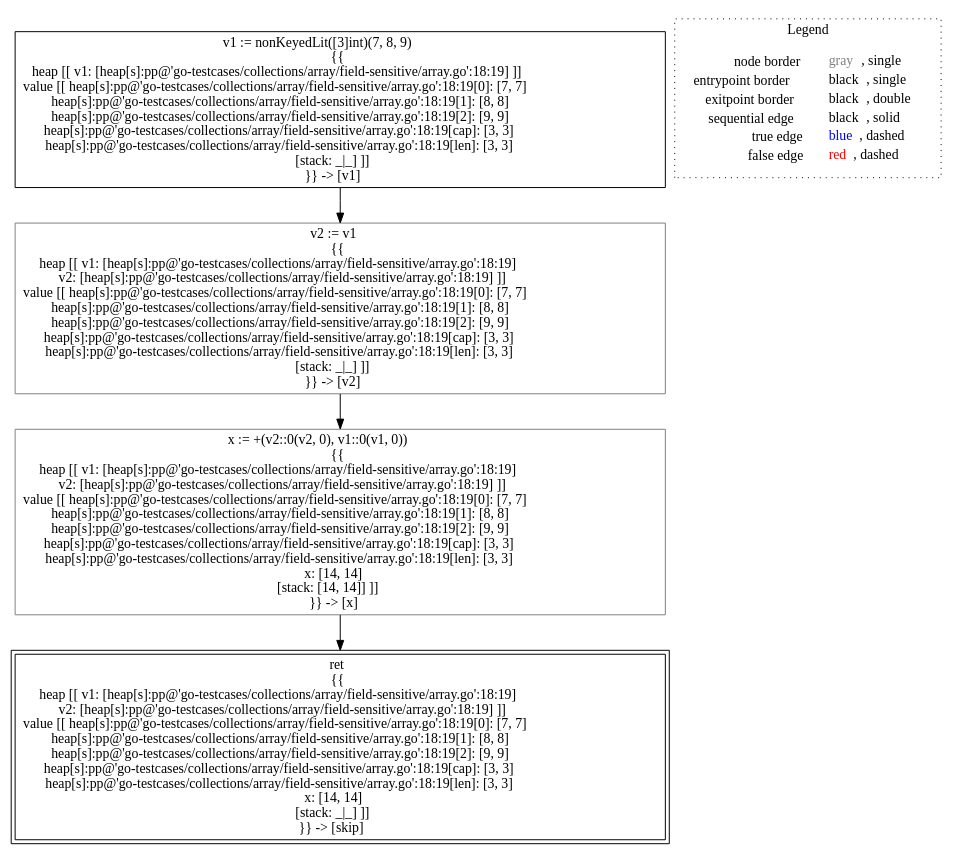
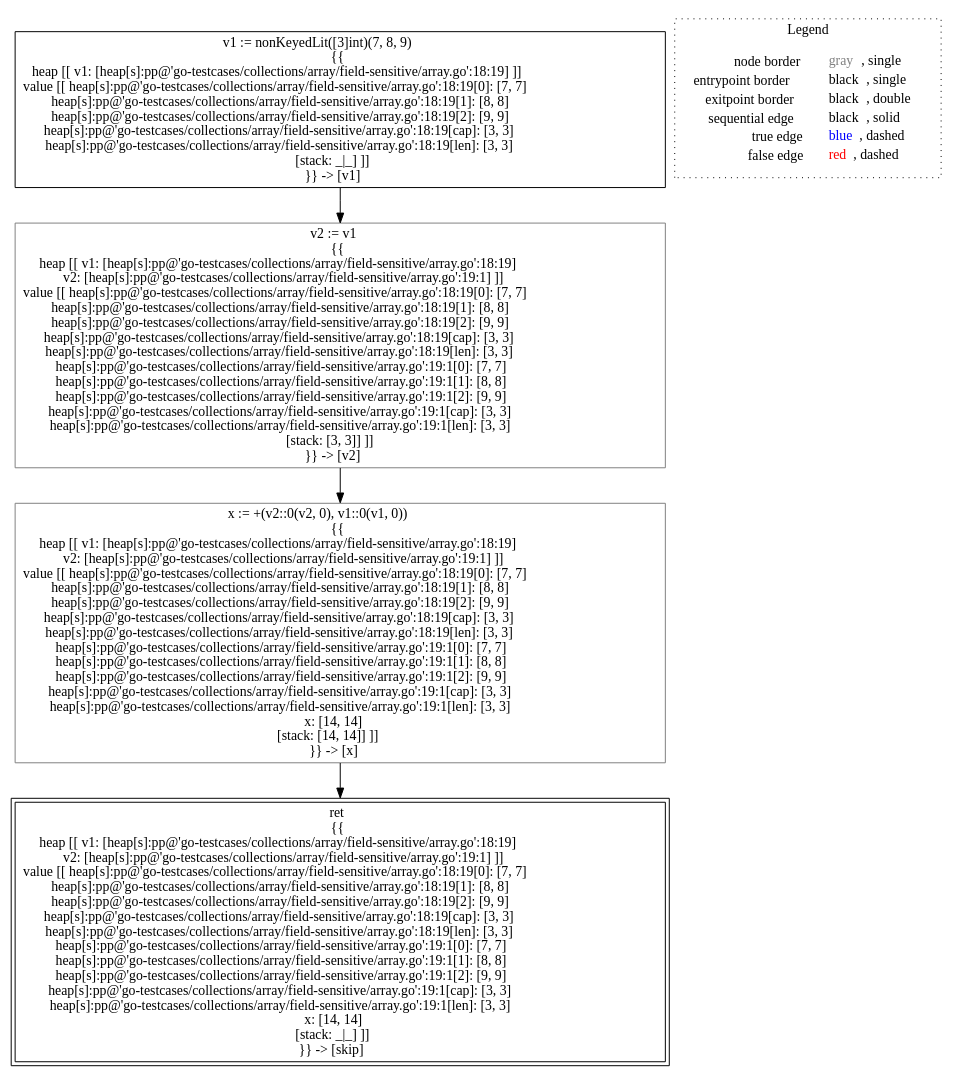
One commit to lisa-analyzer/go-lisa changed the diagram in go-lisa/go-testcases/collections/array/field-sensitive/analysis___untyped_array.alias().dot. Above: the diagram before and after it, drawn with Graphviz. The commit also changed 4 other files, not shown here.

Commit message:
Remove matrix test from field sensitive array tests, refactor tests

```diff
--- a/go-lisa/go-testcases/collections/array/field-sensitive/analysis___untyped_array.alias().dot
+++ b/go-lisa/go-testcases/collections/array/field-sensitive/analysis___untyped_array.alias().dot
@@ -1,16 +1,16 @@
 digraph {
 	"node0" [shape="rect",color="black",label=<v1 := nonKeyedLit([3]int)(7, 8, 9)<BR/>{{<BR/>heap [[ v1: [heap[s]:pp@'go-testcases/collections/array/field-sensitive/array.go':18:19] ]]<BR/>value [[ heap[s]:pp@'go-testcases/collections/array/field-sensitive/array.go':18:19[0]: [7, 7]<BR/>heap[s]:pp@'go-testcases/collections/array/field-sensitive/array.go':18:19[1]: [8, 8]<BR/>heap[s]:pp@'go-testcases/collections/array/field-sensitive/array.go':18:19[2]: [9, 9]<BR/>heap[s]:pp@'go-testcases/collections/array/field-sensitive/array.go':18:19[cap]: [3, 3]<BR/>heap[s]:pp@'go-testcases/collections/array/field-sensitive/array.go':18:19[len]: [3, 3]<BR/>[stack: _|_] ]]<BR/>}} -&gt; [v1]>];
-	"node1" [shape="rect",color="gray",label=<v2 := v1<BR/>{{<BR/>heap [[ v1: [heap[s]:pp@'go-testcases/collections/array/field-sensitive/array.go':18:19]<BR/>v2: [heap[s]:pp@'go-testcases/collections/array/field-sensitive/array.go':18:19] ]]<BR/>value [[ heap[s]:pp@'go-testcases/collections/array/field-sensitive/array.go':18:19[0]: [7, 7]<BR/>heap[s]:pp@'go-testcases/collections/array/field-sensitive/array.go':18:19[1]: [8, 8]<BR/>heap[s]:pp@'go-testcases/collections/array/field-sensitive/array.go':18:19[2]: [9, 9]<BR/>heap[s]:pp@'go-testcases/collections/array/field-sensitive/array.go':18:19[cap]: [3, 3]<BR/>heap[s]:pp@'go-testcases/collections/array/field-sensitive/array.go':18:19[len]: [3, 3]<BR/>[stack: _|_] ]]<BR/>}} -&gt; [v2]>];
-	"node2" [shape="rect",color="black",peripheries="2",label=<ret<BR/>{{<BR/>heap [[ v1: [heap[s]:pp@'go-testcases/collections/array/field-sensitive/array.go':18:19]<BR/>v2: [heap[s]:pp@'go-testcases/collections/array/field-sensitive/array.go':18:19] ]]<BR/>value [[ heap[s]:pp@'go-testcases/collections/array/field-sensitive/array.go':18:19[0]: [7, 7]<BR/>heap[s]:pp@'go-testcases/collections/array/field-sensitive/array.go':18:19[1]: [8, 8]<BR/>heap[s]:pp@'go-testcases/collections/array/field-sensitive/array.go':18:19[2]: [9, 9]<BR/>heap[s]:pp@'go-testcases/collections/array/field-sensitive/array.go':18:19[cap]: [3, 3]<BR/>heap[s]:pp@'go-testcases/collections/array/field-sensitive/array.go':18:19[len]: [3, 3]<BR/>x: [14, 14]<BR/>[stack: _|_] ]]<BR/>}} -&gt; [skip]>];
-	"node3" [shape="rect",color="gray",label=<x := +(v2::0(v2, 0), v1::0(v1, 0))<BR/>{{<BR/>heap [[ v1: [heap[s]:pp@'go-testcases/collections/array/field-sensitive/array.go':18:19]<BR/>v2: [heap[s]:pp@'go-testcases/collections/array/field-sensitive/array.go':18:19] ]]<BR/>value [[ heap[s]:pp@'go-testcases/collections/array/field-sensitive/array.go':18:19[0]: [7, 7]<BR/>heap[s]:pp@'go-testcases/collections/array/field-sensitive/array.go':18:19[1]: [8, 8]<BR/>heap[s]:pp@'go-testcases/collections/array/field-sensitive/array.go':18:19[2]: [9, 9]<BR/>heap[s]:pp@'go-testcases/collections/array/field-sensitive/array.go':18:19[cap]: [3, 3]<BR/>heap[s]:pp@'go-testcases/collections/array/field-sensitive/array.go':18:19[len]: [3, 3]<BR/>x: [14, 14]<BR/>[stack: [14, 14]] ]]<BR/>}} -&gt; [x]>];
-	"node0" -> "node1" [color="black"];
+	"node1" [shape="rect",color="gray",label=<v2 := v1<BR/>{{<BR/>heap [[ v1: [heap[s]:pp@'go-testcases/collections/array/field-sensitive/array.go':18:19]<BR/>v2: [heap[s]:pp@'go-testcases/collections/array/field-sensitive/array.go':19:1] ]]<BR/>value [[ heap[s]:pp@'go-testcases/collections/array/field-sensitive/array.go':18:19[0]: [7, 7]<BR/>heap[s]:pp@'go-testcases/collections/array/field-sensitive/array.go':18:19[1]: [8, 8]<BR/>heap[s]:pp@'go-testcases/collections/array/field-sensitive/array.go':18:19[2]: [9, 9]<BR/>heap[s]:pp@'go-testcases/collections/array/field-sensitive/array.go':18:19[cap]: [3, 3]<BR/>heap[s]:pp@'go-testcases/collections/array/field-sensitive/array.go':18:19[len]: [3, 3]<BR/>heap[s]:pp@'go-testcases/collections/array/field-sensitive/array.go':19:1[0]: [7, 7]<BR/>heap[s]:pp@'go-testcases/collections/array/field-sensitive/array.go':19:1[1]: [8, 8]<BR/>heap[s]:pp@'go-testcases/collections/array/field-sensitive/array.go':19:1[2]: [9, 9]<BR/>heap[s]:pp@'go-testcases/collections/array/field-sensitive/array.go':19:1[cap]: [3, 3]<BR/>heap[s]:pp@'go-testcases/collections/array/field-sensitive/array.go':19:1[len]: [3, 3]<BR/>[stack: [3, 3]] ]]<BR/>}} -&gt; [v2]>];
+	"node2" [shape="rect",color="black",peripheries="2",label=<ret<BR/>{{<BR/>heap [[ v1: [heap[s]:pp@'go-testcases/collections/array/field-sensitive/array.go':18:19]<BR/>v2: [heap[s]:pp@'go-testcases/collections/array/field-sensitive/array.go':19:1] ]]<BR/>value [[ heap[s]:pp@'go-testcases/collections/array/field-sensitive/array.go':18:19[0]: [7, 7]<BR/>heap[s]:pp@'go-testcases/collections/array/field-sensitive/array.go':18:19[1]: [8, 8]<BR/>heap[s]:pp@'go-testcases/collections/array/field-sensitive/array.go':18:19[2]: [9, 9]<BR/>heap[s]:pp@'go-testcases/collections/array/field-sensitive/array.go':18:19[cap]: [3, 3]<BR/>heap[s]:pp@'go-testcases/collections/array/field-sensitive/array.go':18:19[len]: [3, 3]<BR/>heap[s]:pp@'go-testcases/collections/array/field-sensitive/array.go':19:1[0]: [7, 7]<BR/>heap[s]:pp@'go-testcases/collections/array/field-sensitive/array.go':19:1[1]: [8, 8]<BR/>heap[s]:pp@'go-testcases/collections/array/field-sensitive/array.go':19:1[2]: [9, 9]<BR/>heap[s]:pp@'go-testcases/collections/array/field-sensitive/array.go':19:1[cap]: [3, 3]<BR/>heap[s]:pp@'go-testcases/collections/array/field-sensitive/array.go':19:1[len]: [3, 3]<BR/>x: [14, 14]<BR/>[stack: _|_] ]]<BR/>}} -&gt; [skip]>];
+	"node3" [shape="rect",color="gray",label=<x := +(v2::0(v2, 0), v1::0(v1, 0))<BR/>{{<BR/>heap [[ v1: [heap[s]:pp@'go-testcases/collections/array/field-sensitive/array.go':18:19]<BR/>v2: [heap[s]:pp@'go-testcases/collections/array/field-sensitive/array.go':19:1] ]]<BR/>value [[ heap[s]:pp@'go-testcases/collections/array/field-sensitive/array.go':18:19[0]: [7, 7]<BR/>heap[s]:pp@'go-testcases/collections/array/field-sensitive/array.go':18:19[1]: [8, 8]<BR/>heap[s]:pp@'go-testcases/collections/array/field-sensitive/array.go':18:19[2]: [9, 9]<BR/>heap[s]:pp@'go-testcases/collections/array/field-sensitive/array.go':18:19[cap]: [3, 3]<BR/>heap[s]:pp@'go-testcases/collections/array/field-sensitive/array.go':18:19[len]: [3, 3]<BR/>heap[s]:pp@'go-testcases/collections/array/field-sensitive/array.go':19:1[0]: [7, 7]<BR/>heap[s]:pp@'go-testcases/collections/array/field-sensitive/array.go':19:1[1]: [8, 8]<BR/>heap[s]:pp@'go-testcases/collections/array/field-sensitive/array.go':19:1[2]: [9, 9]<BR/>heap[s]:pp@'go-testcases/collections/array/field-sensitive/array.go':19:1[cap]: [3, 3]<BR/>heap[s]:pp@'go-testcases/collections/array/field-sensitive/array.go':19:1[len]: [3, 3]<BR/>x: [14, 14]<BR/>[stack: [14, 14]] ]]<BR/>}} -&gt; [x]>];
 	"node1" -> "node3" [color="black"];
 	"node3" -> "node2" [color="black"];
+	"node0" -> "node1" [color="black"];
 subgraph cluster_legend {
 	label="Legend";
 	style=dotted;
 	node [shape=plaintext];
 	"legend" [label=<<table border="0" cellpadding="2" cellspacing="0" cellborder="0"><tr><td align="right">node border&nbsp;</td><td align="left"><font color="gray">gray</font>, single</td></tr><tr><td align="right">entrypoint border&nbsp;</td><td align="left"><font color="black">black</font>, single</td></tr><tr><td align="right">exitpoint border&nbsp;</td><td align="left"><font color="black">black</font>, double</td></tr><tr><td align="right">sequential edge&nbsp;</td><td align="left"><font color="black">black</font>, solid</td></tr><tr><td align="right">true edge&nbsp;</td><td align="left"><font color="blue">blue</font>, dashed</td></tr><tr><td align="right">false edge&nbsp;</td><td align="left"><font color="red">red</font>, dashed</td></tr></table>>];
 }
 
 }
```
